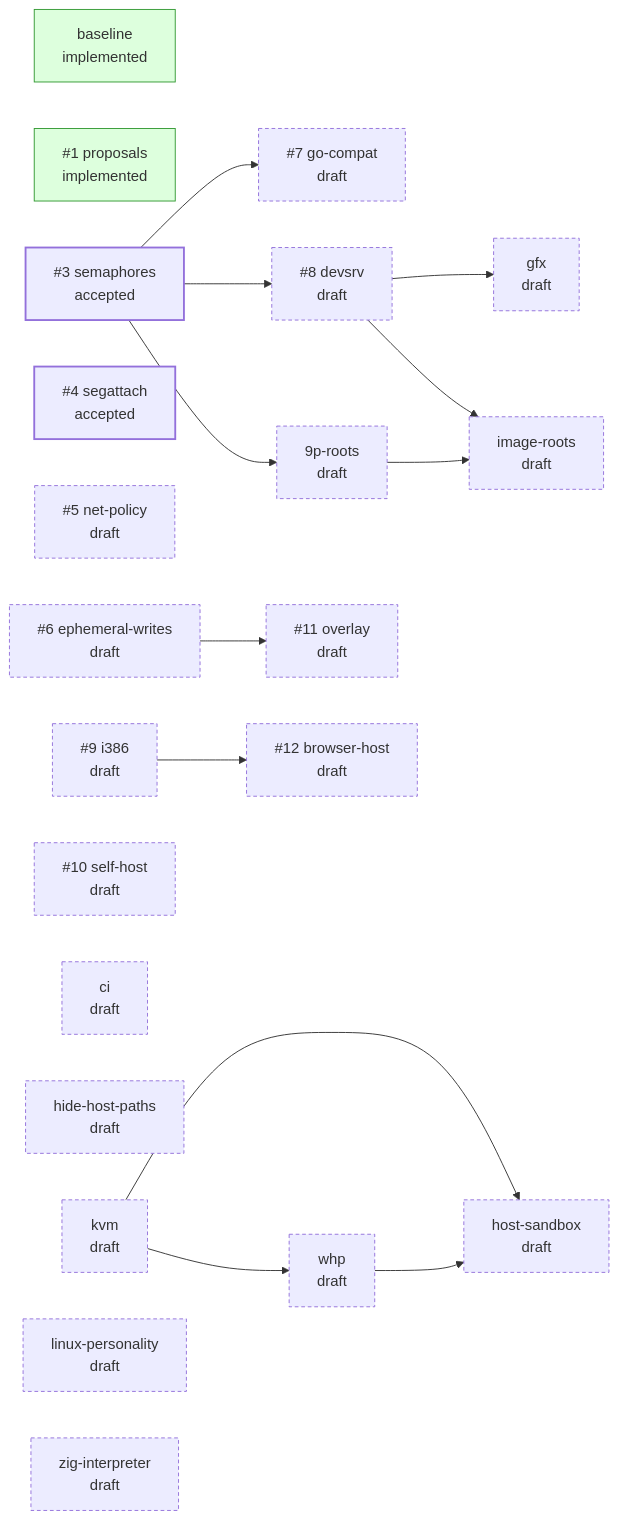
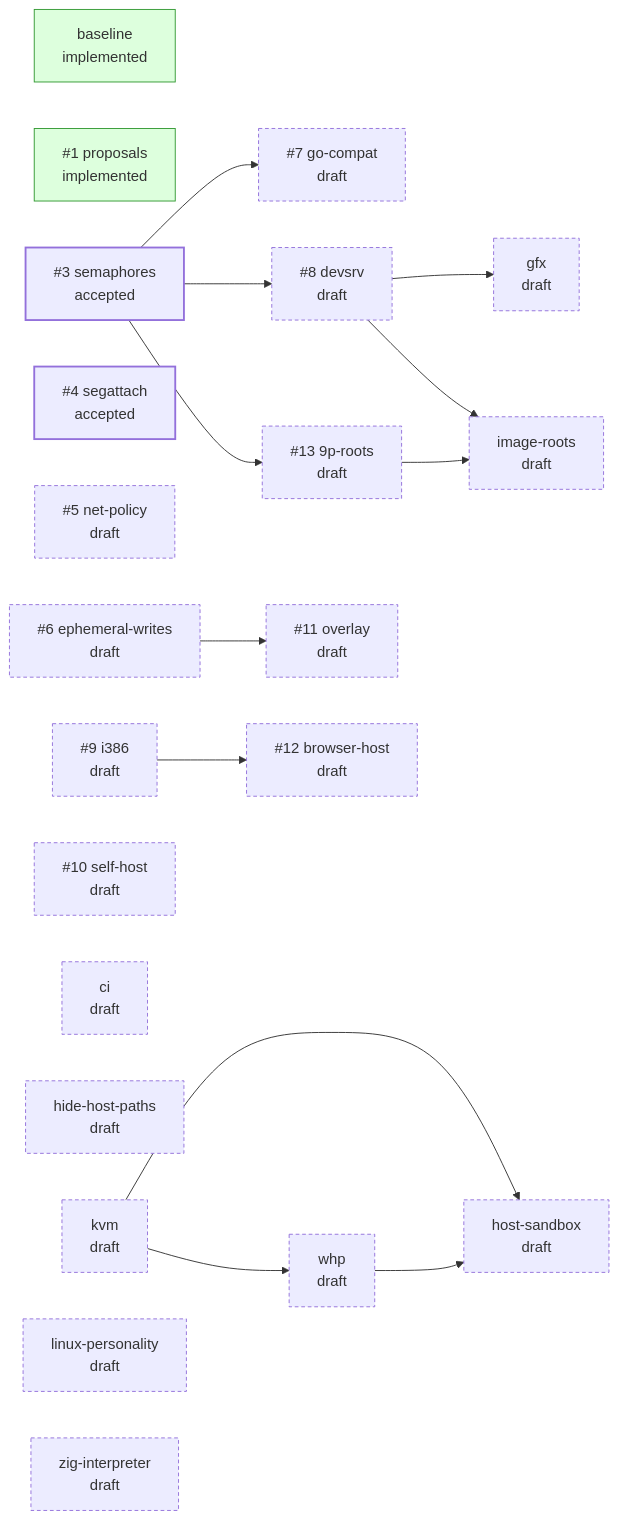
One commit to jpf/hyper9 changed the diagram in README.md. Above: the diagram before and after it, drawn with Mermaid. The commit also changed other lines of this file and 6 other files, not shown here.

````diff
--- a/README.md
+++ b/README.md
@@ -39,40 +39,40 @@
 ```mermaid
 flowchart LR
   classDef draft stroke-dasharray: 4 3
   classDef accepted stroke-width: 2px
   classDef implemented fill:#dfd,stroke:#393
   classDef closed fill:#eee,stroke:#999,color:#777
   p_baseline["baseline<br/>implemented"]:::implemented
   p_proposals["#35;1 proposals<br/>implemented"]:::implemented
   p_semaphores["#35;3 semaphores<br/>accepted"]:::accepted
   p_segattach["#35;4 segattach<br/>accepted"]:::accepted
   p_net_policy["#35;5 net-policy<br/>draft"]:::draft
   p_ephemeral_writes["#35;6 ephemeral-writes<br/>draft"]:::draft
   p_go_compat["#35;7 go-compat<br/>draft"]:::draft
   p_devsrv["#35;8 devsrv<br/>draft"]:::draft
   p_i386["#35;9 i386<br/>draft"]:::draft
   p_self_host["#35;10 self-host<br/>draft"]:::draft
   p_overlay["#35;11 overlay<br/>draft"]:::draft
   p_browser_host["#35;12 browser-host<br/>draft"]:::draft
-  p_9p_roots["9p-roots<br/>draft"]:::draft
+  p_9p_roots["#35;13 9p-roots<br/>draft"]:::draft
   p_ci["ci<br/>draft"]:::draft
   p_gfx["gfx<br/>draft"]:::draft
   p_hide_host_paths["hide-host-paths<br/>draft"]:::draft
   p_host_sandbox["host-sandbox<br/>draft"]:::draft
   p_image_roots["image-roots<br/>draft"]:::draft
   p_kvm["kvm<br/>draft"]:::draft
   p_linux_personality["linux-personality<br/>draft"]:::draft
   p_whp["whp<br/>draft"]:::draft
   p_zig_interpreter["zig-interpreter<br/>draft"]:::draft
   p_semaphores --> p_go_compat
   p_semaphores --> p_devsrv
   p_ephemeral_writes --> p_overlay
   p_i386 --> p_browser_host
   p_semaphores --> p_9p_roots
   p_devsrv --> p_gfx
   p_kvm --> p_host_sandbox
   p_whp --> p_host_sandbox
   p_devsrv --> p_image_roots
   p_9p_roots --> p_image_roots
   p_kvm --> p_whp
 ```
````
